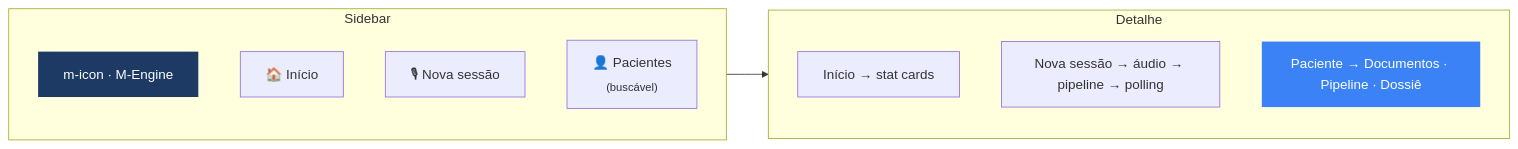
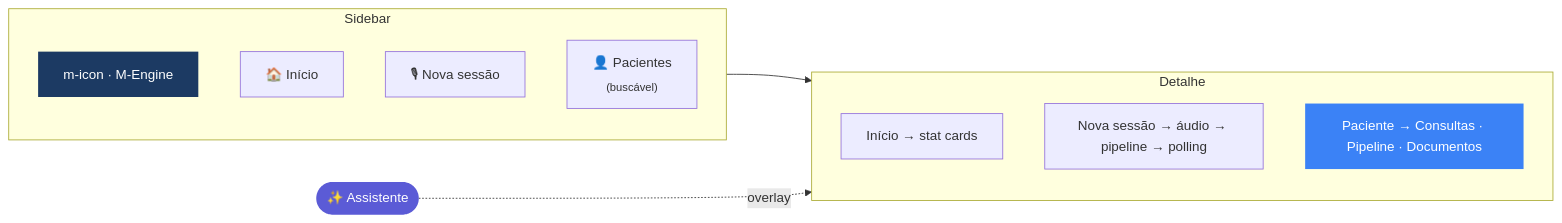
Diagram 12 of 13 in README.md (myselfgus/m), drawn with Mermaid before and after one commit. The commit also changed other lines of this file, not shown here.

First line of the commit message:
docs(readme): re-tematiza mermaids no design system + assistente, perfil, elevação

````diff
--- a/README.md
+++ b/README.md
@@ -508,19 +643,23 @@
 ```mermaid
+%%{init: {'theme':'base','themeVariables':{'fontFamily':'-apple-system,BlinkMacSystemFont,"SF Pro Text","Helvetica Neue",Arial,sans-serif','fontSize':'14px','primaryColor':'#EEF2F7','primaryTextColor':'#1C2533','lineColor':'#64748B','clusterBkg':'#F4F7FB','clusterBorder':'#94A3B8'}}}%%
 flowchart LR
     subgraph SB["Sidebar"]
         direction TB
-        BR["m-icon · M-Engine"]
+        BR["m-icon · M-Engine"]:::brand
         I1["🏠 Início"]
         I2["🎙 Nova sessão"]
         PL["👤 Pacientes<br/><sub>(buscável)</sub>"]
     end
     subgraph DET["Detalhe"]
         direction TB
         H["Início → stat cards"]
         N["Nova sessão → áudio → pipeline → polling"]
-        P["Paciente → Documentos · Pipeline · Dossiê"]
+        P["Paciente → Consultas · Pipeline · Documentos"]:::focus
     end
+    FAB(["✨ Assistente"]):::assist
     SB --> DET
-    style BR fill:#1C3A63,color:#fff,stroke:none
-    style P fill:#3B82F6,color:#fff,stroke:none
+    FAB -.->|overlay| DET
+    classDef brand fill:#1C3A63,color:#fff,stroke:none
+    classDef focus fill:#3B82F6,color:#fff,stroke:none
+    classDef assist fill:#5B5BD6,color:#fff,stroke:none
 ```
````
